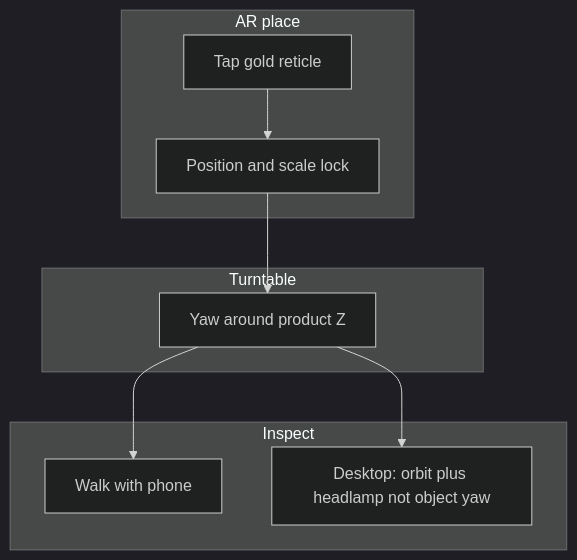
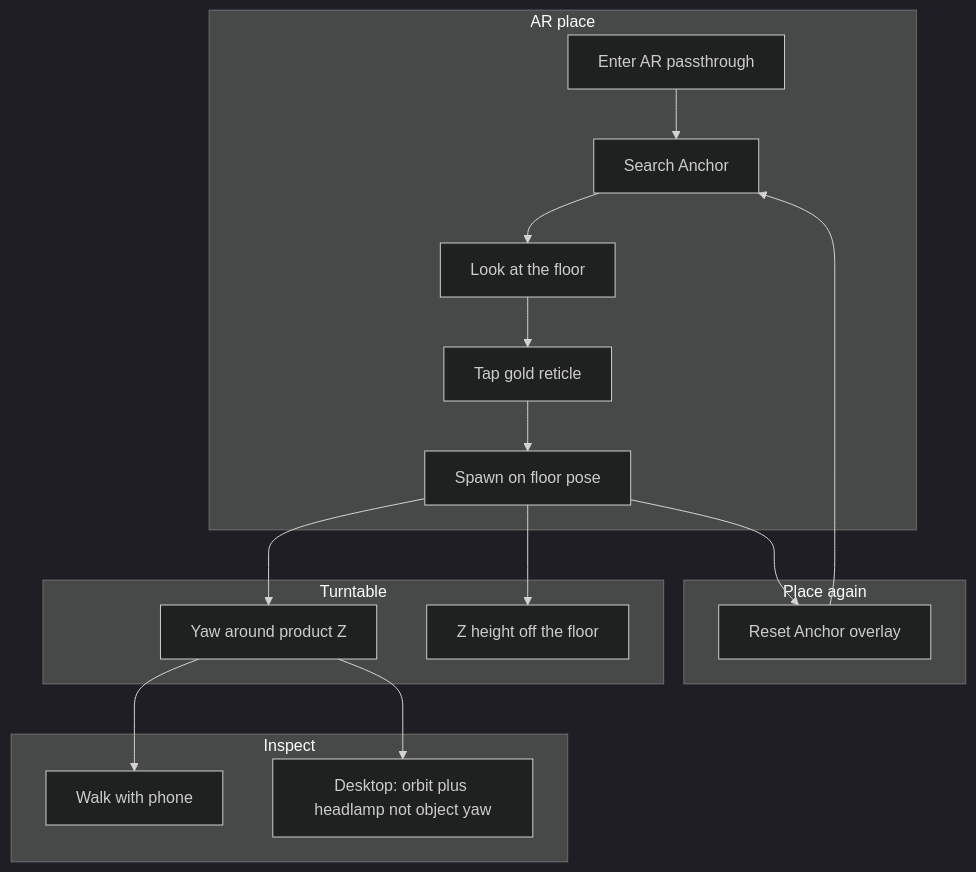
One commit to PiMaV/DONNER changed the second of 12 diagrams in docs/gui.md. Above: the diagram before and after it, drawn with Mermaid (dark theme). The commit also changed other lines of this file and 28 other files, not shown here.

````diff
--- a/docs/gui.md
+++ b/docs/gui.md
@@ -53,18 +67,28 @@
 ```mermaid
 flowchart TB
   subgraph place [AR place]
+    enter[Enter AR passthrough]
+    search[Search Anchor]
+    look[Look at the floor]
     tap[Tap gold reticle]
-    lock[Position and scale lock]
-    tap --> lock
+    lock[Spawn on floor pose]
+    enter --> search --> look --> tap --> lock
   end
   subgraph turntable [Turntable]
     spin[Yaw around product Z]
+    height[Z height off the floor]
     lock --> spin
+    lock --> height
+  end
+  subgraph again [Place again]
+    reset[Reset Anchor overlay]
+    lock --> reset
+    reset --> search
   end
   subgraph walk [Inspect]
     phone[Walk with phone]
     desk[Desktop: orbit plus headlamp not object yaw]
     spin --> phone
     spin --> desk
   end
 ```
````
